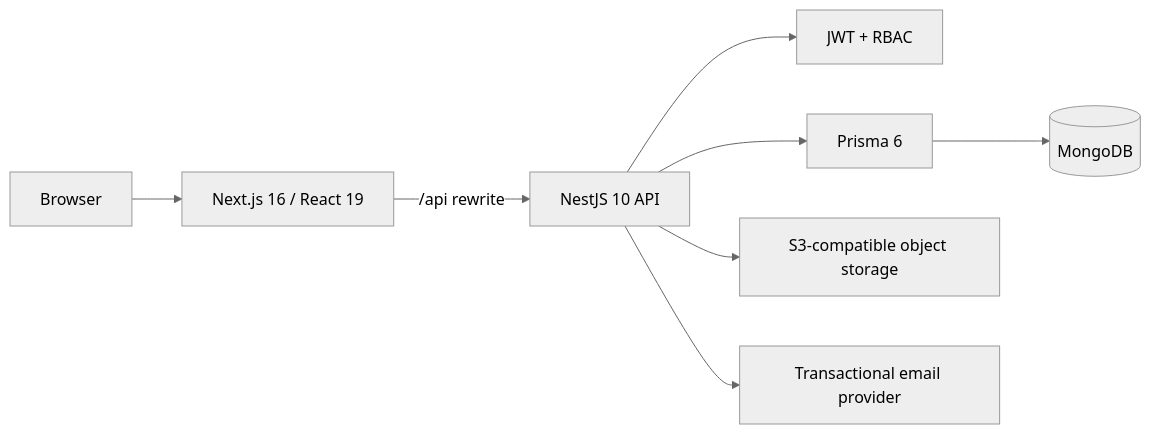
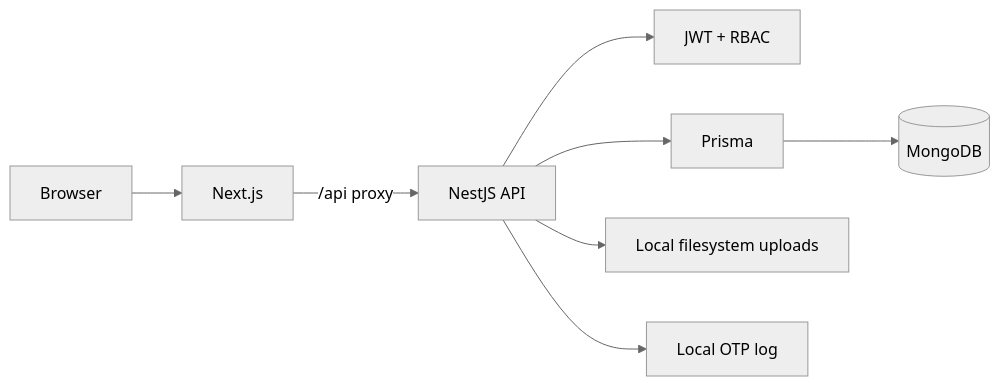
Before and after one commit to phatnguyen03022001/elite-drive: the diagram in README.md, drawn with Mermaid (neutral theme). The commit also changed other lines of this file, not shown here.

Commit message:
docs: align README with zero-cost architecture

````diff
--- a/README.md
+++ b/README.md
@@ -25,10 +29,10 @@
 ```mermaid
 flowchart LR
-    Browser[Browser] --> Next[Next.js 16 / React 19]
-    Next -->|/api rewrite| API[NestJS 10 API]
+    Browser[Browser] --> Next[Next.js]
+    Next -->|/api proxy| API[NestJS API]
     API --> Auth[JWT + RBAC]
-    API --> Prisma[Prisma 6]
+    API --> Prisma[Prisma]
     Prisma --> Mongo[(MongoDB)]
-    API --> Storage[S3-compatible object storage]
-    API --> Email[Transactional email provider]
+    API --> Files[Local filesystem uploads]
+    API --> Mail[Local OTP log]
 ```
````
